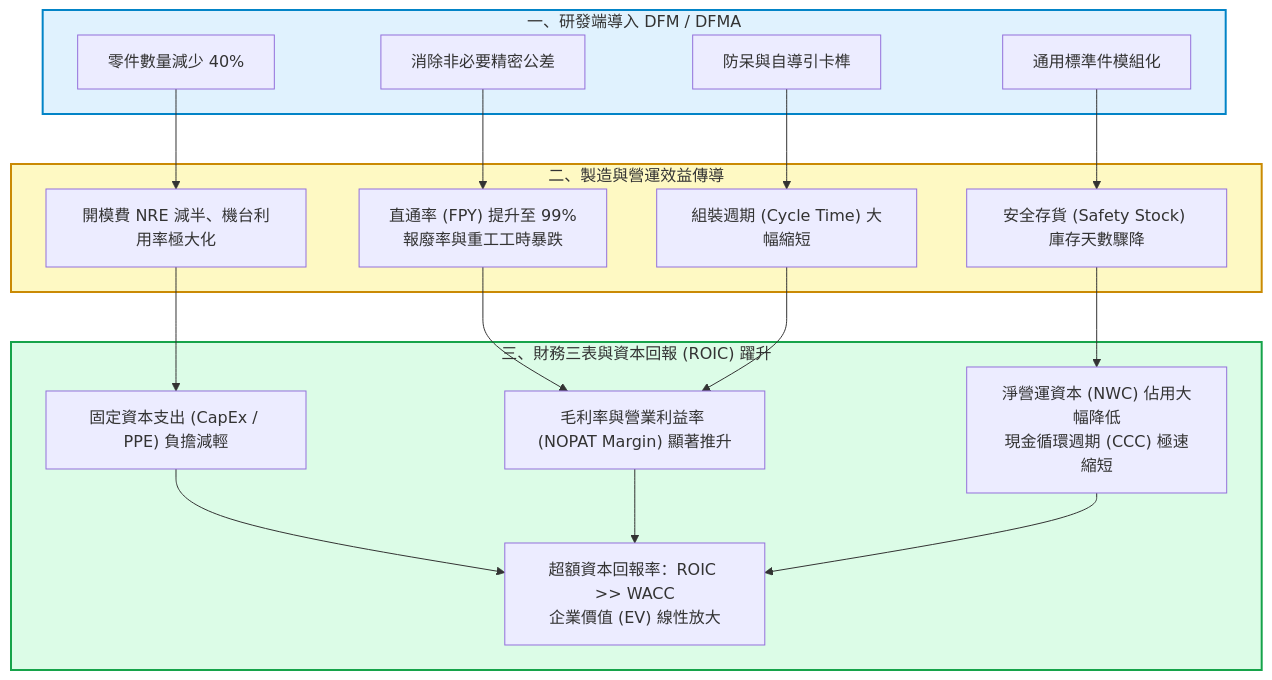
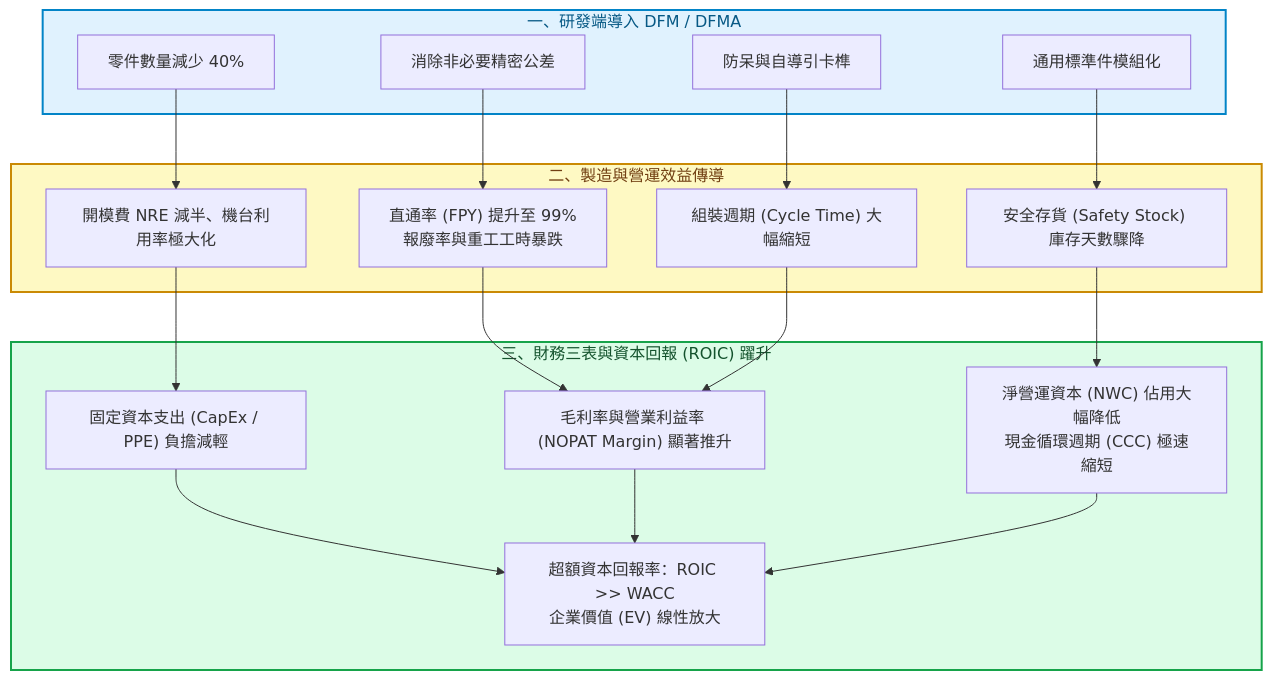
One commit to Jimlin0428/my-digital-garden changed the third of 4 diagrams in src/site/notes/98_商業概念庫/dfm-design-for-manufacturability_可製造性設計.md. Above: the diagram before and after it, drawn with Mermaid. The commit also changed other lines of this file and 99 other files, not shown here.

````diff
--- a/src/site/notes/98_商業概念庫/dfm-design-for-manufacturability_可製造性設計.md
+++ b/src/site/notes/98_商業概念庫/dfm-design-for-manufacturability_可製造性設計.md
@@ -108,41 +108,41 @@
 ```mermaid
 flowchart TD
     subgraph DFM_Action ["一、研發端導入 DFM / DFMA"]
         A1["零件數量減少 40%"]
         A2["消除非必要精密公差"]
         A3["防呆與自導引卡榫"]
         A4["通用標準件模組化"]
     end
 
     subgraph Manufacturing_Ops ["二、製造與營運效益傳導"]
         M1["開模費 NRE 減半、機台利用率極大化"]
         M2["直通率 (FPY) 提升至 99%<br>報廢率與重工工時暴跌"]
         M3["組裝週期 (Cycle Time) 大幅縮短"]
         M4["安全存貨 (Safety Stock) 庫存天數驟降"]
     end
 
     subgraph Financial_Impact ["三、財務三表與資本回報 (ROIC) 躍升"]
         F1["固定資本支出 (CapEx / PPE) 負擔減輕"]
         F2["毛利率與營業利益率 (NOPAT Margin) 顯著推升"]
         F3["淨營運資本 (NWC) 佔用大幅降低<br>現金循環週期 (CCC) 極速縮短"]
         F4["超額資本回報率：ROIC >> WACC<br>企業價值 (EV) 線性放大"]
     end
 
     A1 --> M1
     A2 --> M2
     A3 --> M3
     A4 --> M4
 
     M1 --> F1
     M2 --> F2
     M3 --> F2
     M4 --> F3
 
     F1 --> F4
     F2 --> F4
     F3 --> F4
 
-    style DFM_Action fill:#e0f2fe,stroke:#0284c7,stroke-width:2px
-    style Manufacturing_Ops fill:#fef9c3,stroke:#ca8a04,stroke-width:2px
-    style Financial_Impact fill:#dcfce7,stroke:#16a34a,stroke-width:2px
+    style DFM_Action fill:#e0f2fe,stroke:#0284c7,stroke-width:2px,color:#075985
+    style Manufacturing_Ops fill:#fef9c3,stroke:#ca8a04,stroke-width:2px,color:#713f12
+    style Financial_Impact fill:#dcfce7,stroke:#16a34a,stroke-width:2px,color:#14532d
 ```
````
